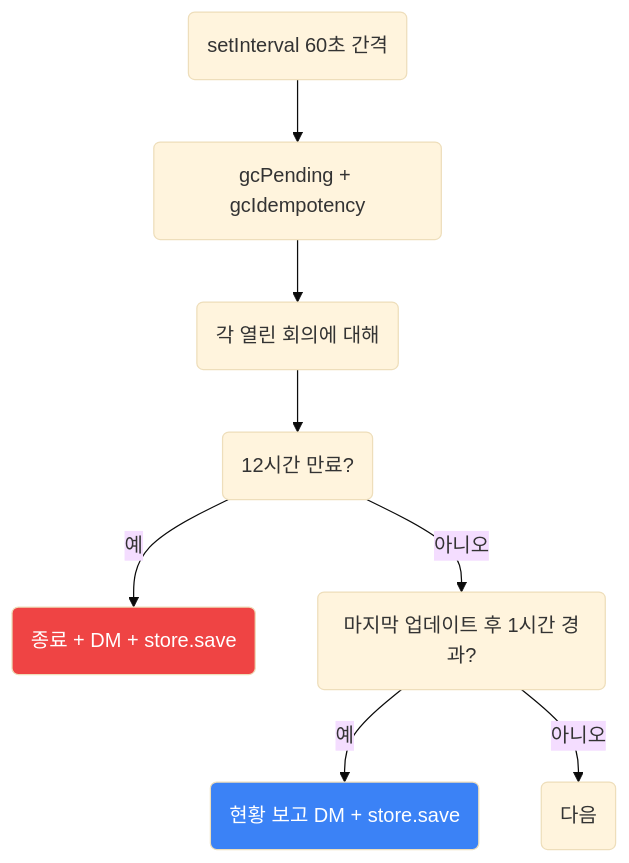
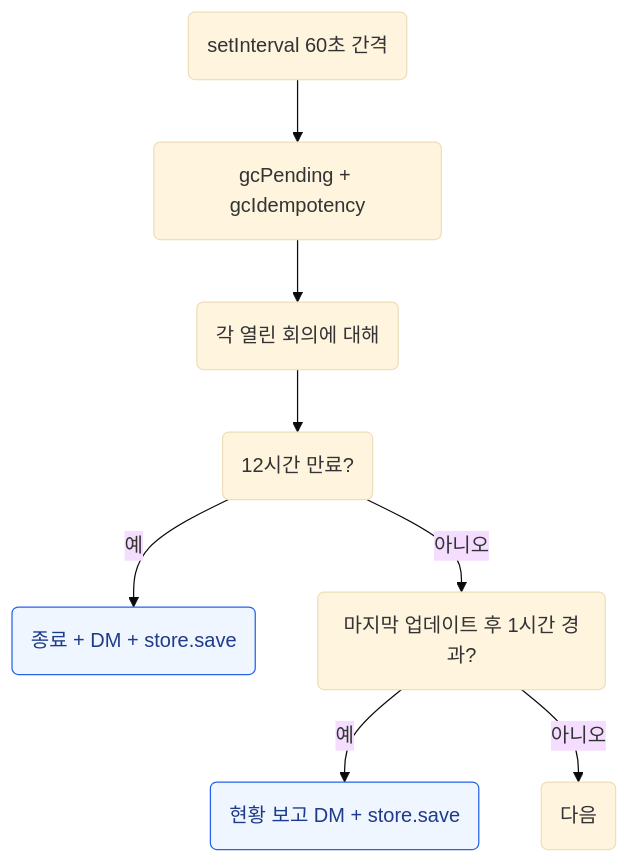
One commit to javana3/claw_meeting_all changed diagram 12 of 13 in README.ko.md. Above: the diagram before and after it, drawn with Mermaid (base theme). The commit also changed other lines of this file and 3 other files, not shown here.

````diff
--- a/README.ko.md
+++ b/README.ko.md
@@ -365,13 +365,13 @@
 ```mermaid
 graph TD
     TICK(setInterval 60초 간격) --> GC(gcPending + gcIdempotency)
     GC --> LOOP(각 열린 회의에 대해)
     LOOP --> EXP(12시간 만료?)
     EXP -->|예| CLOSE(종료 + DM + store.save)
     EXP -->|아니오| STATUS(마지막 업데이트 후 1시간 경과?)
     STATUS -->|예| DM(현황 보고 DM + store.save)
     STATUS -->|아니오| NEXT(다음)
 
-    style CLOSE fill:#ef4444,color:#fff
-    style DM fill:#3b82f6,color:#fff
+    style CLOSE fill:#eff6ff,stroke:#2563eb,color:#1e3a8a
+    style DM fill:#eff6ff,stroke:#2563eb,color:#1e3a8a
 ```
````
